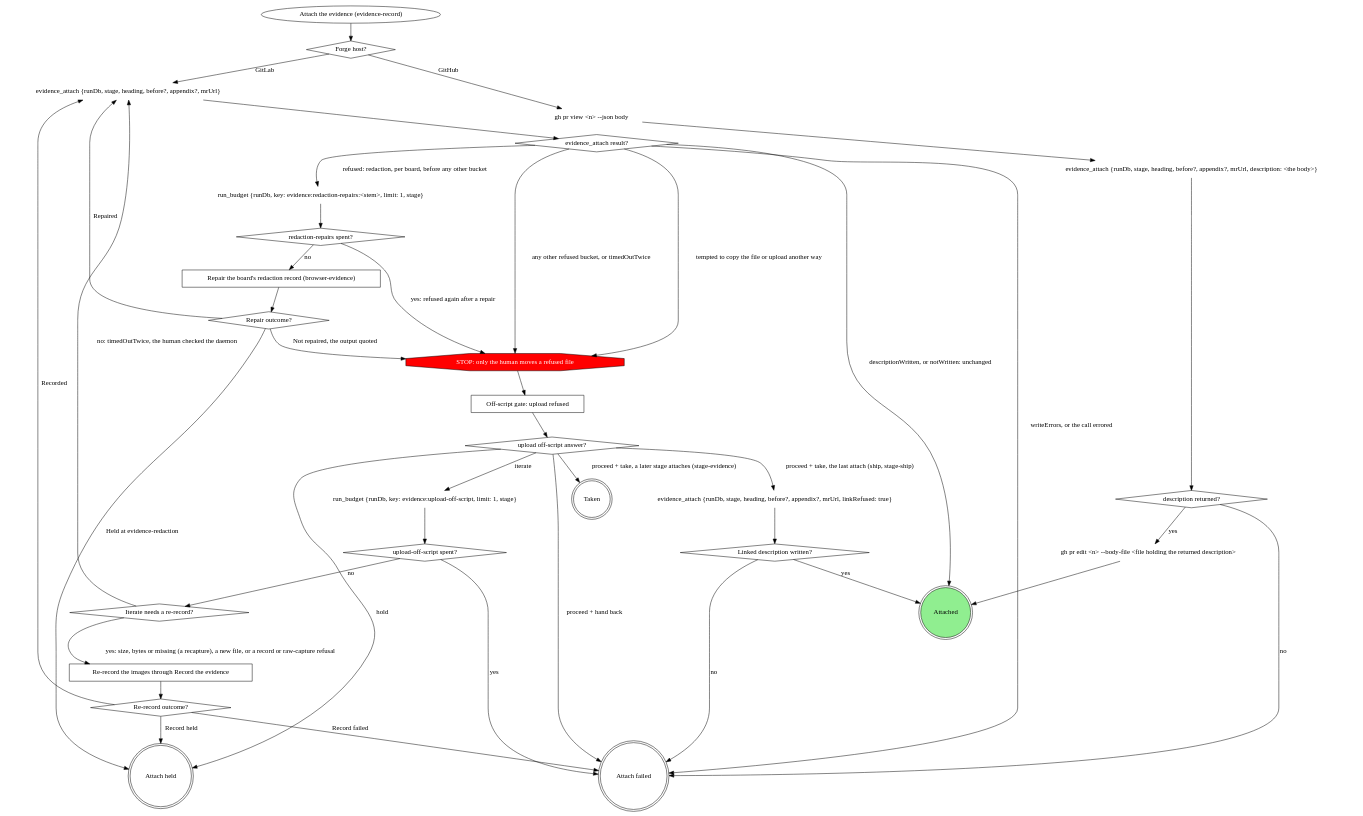
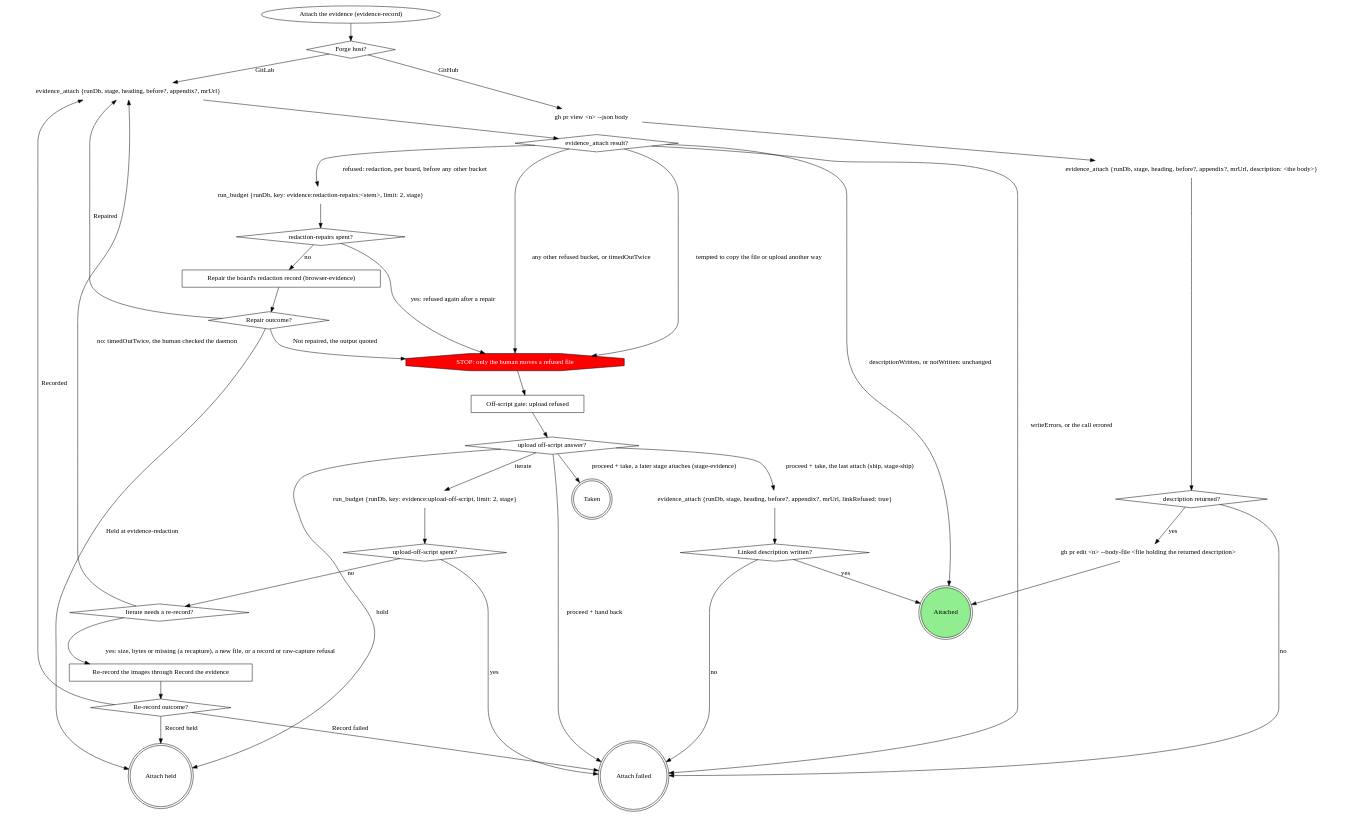
Before and after one commit to m4ttstack/mattstack: the third of 3 diagrams in plugins/mattstack/attachments/evidence-record/SKILL.md, drawn with Graphviz. The commit also changed other lines of this file and 6 other files, not shown here.

Commit message:
budgets: ship, watch-ci and evidence diamonds read run_budget's exhausted, each limit one higher so every loop keeps its round count

````diff
--- a/plugins/mattstack/attachments/evidence-record/SKILL.md
+++ b/plugins/mattstack/attachments/evidence-record/SKILL.md
@@ -187,68 +187,68 @@
 ```dot
 digraph attach_evidence {
     attach_evidence [label="Attach the evidence (evidence-record)" shape=ellipse];
     forge_host [label="Forge host?" shape=diamond];
     evidence_attach [label="evidence_attach {runDb, stage, heading, before?, appendix?, mrUrl}" shape=plaintext];
     attach_result [label="evidence_attach result?" shape=diamond];
     stop_move_refused_file [label="STOP: only the human moves a refused file" shape=octagon style=filled fillcolor=red fontcolor=white];
     gate_upload_refused [label="Off-script gate: upload refused" shape=box];
     upload_answer [label="upload off-script answer?" shape=diamond];
     evidence_attach_link [label="evidence_attach {runDb, stage, heading, before?, appendix?, mrUrl, linkRefused: true}" shape=plaintext];
     link_written [label="Linked description written?" shape=diamond];
-    run_budget_upload [label="run_budget {runDb, key: evidence:upload-off-script, limit: 1, stage}" shape=plaintext];
+    run_budget_upload [label="run_budget {runDb, key: evidence:upload-off-script, limit: 2, stage}" shape=plaintext];
     upload_off_script_spent [label="upload-off-script spent?" shape=diamond];
     needs_rerecord [label="Iterate needs a re-record?" shape=diamond];
     rerecord_images [label="Re-record the images through Record the evidence" shape=box];
     rerecord_outcome [label="Re-record outcome?" shape=diamond];
-    run_budget_repair [label="run_budget {runDb, key: evidence:redaction-repairs:<stem>, limit: 1, stage}" shape=plaintext];
+    run_budget_repair [label="run_budget {runDb, key: evidence:redaction-repairs:<stem>, limit: 2, stage}" shape=plaintext];
     repairs_spent [label="redaction-repairs spent?" shape=diamond];
     repair_board [label="Repair the board's redaction record (browser-evidence)" shape=box];
     repair_outcome [label="Repair outcome?" shape=diamond];
     gh_pr_view [label="gh pr view <n> --json body" shape=plaintext];
     evidence_attach_body [label="evidence_attach {runDb, stage, heading, before?, appendix?, mrUrl, description: <the body>}" shape=plaintext];
     description_returned [label="description returned?" shape=diamond];
     gh_pr_edit [label="gh pr edit <n> --body-file <file holding the returned description>" shape=plaintext];
     attached [label="Attached" shape=doublecircle style=filled fillcolor=lightgreen];
     taken [label="Taken" shape=doublecircle];
     attach_held [label="Attach held" shape=doublecircle];
     attach_failed [label="Attach failed" shape=doublecircle];
 
     attach_evidence -> forge_host;
     forge_host -> evidence_attach [label="GitLab"];
     forge_host -> gh_pr_view [label="GitHub"];
     evidence_attach -> attach_result;
     attach_result -> attached [label="descriptionWritten, or notWritten: unchanged"];
     attach_result -> run_budget_repair [label="refused: redaction, per board, before any other bucket"];
     attach_result -> stop_move_refused_file [label="any other refused bucket, or timedOutTwice"];
     run_budget_repair -> repairs_spent;
     repairs_spent -> repair_board [label="no"];
     repairs_spent -> stop_move_refused_file [label="yes: refused again after a repair"];
     repair_board -> repair_outcome;
     repair_outcome -> evidence_attach [label="Repaired"];
     repair_outcome -> attach_held [label="Held at evidence-redaction"];
     repair_outcome -> stop_move_refused_file [label="Not repaired, the output quoted"];
     attach_result -> stop_move_refused_file [label="tempted to copy the file or upload another way"];
     attach_result -> attach_failed [label="writeErrors, or the call errored"];
     stop_move_refused_file -> gate_upload_refused -> upload_answer;
     upload_answer -> taken [label="proceed + take, a later stage attaches (stage-evidence)"];
     upload_answer -> evidence_attach_link [label="proceed + take, the last attach (ship, stage-ship)"];
     upload_answer -> attach_failed [label="proceed + hand back"];
     upload_answer -> run_budget_upload [label="iterate"];
     upload_answer -> attach_held [label="hold"];
     evidence_attach_link -> link_written;
     run_budget_upload -> upload_off_script_spent;
     upload_off_script_spent -> needs_rerecord [label="no"];
     needs_rerecord -> rerecord_images [label="yes: size, bytes or missing (a recapture), a new file, or a record or raw-capture refusal"];
     needs_rerecord -> evidence_attach [label="no: timedOutTwice, the human checked the daemon"];
     rerecord_images -> rerecord_outcome;
     rerecord_outcome -> evidence_attach [label="Recorded"];
     rerecord_outcome -> attach_held [label="Record held"];
     rerecord_outcome -> attach_failed [label="Record failed"];
     gh_pr_view -> evidence_attach_body -> description_returned;
     description_returned -> gh_pr_edit [label="yes"];
     gh_pr_edit -> attached;
     link_written -> attached [label="yes"];
     {link_written description_returned} -> attach_failed [label="no"];
     upload_off_script_spent -> attach_failed [label="yes"];
 }
 ```
````
